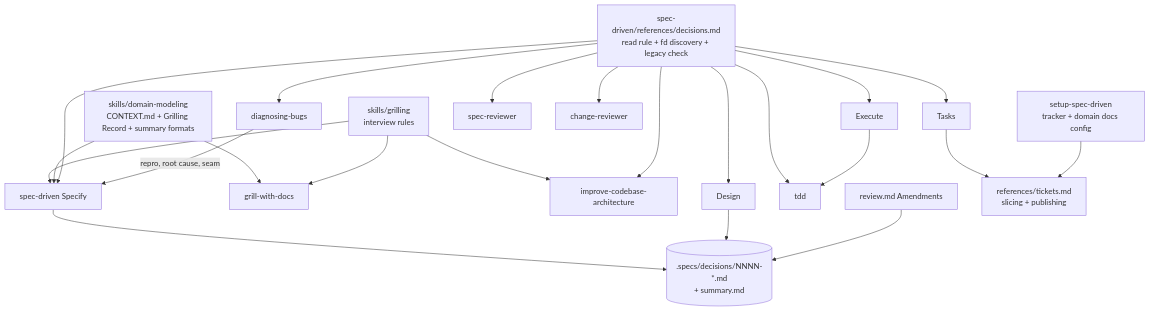
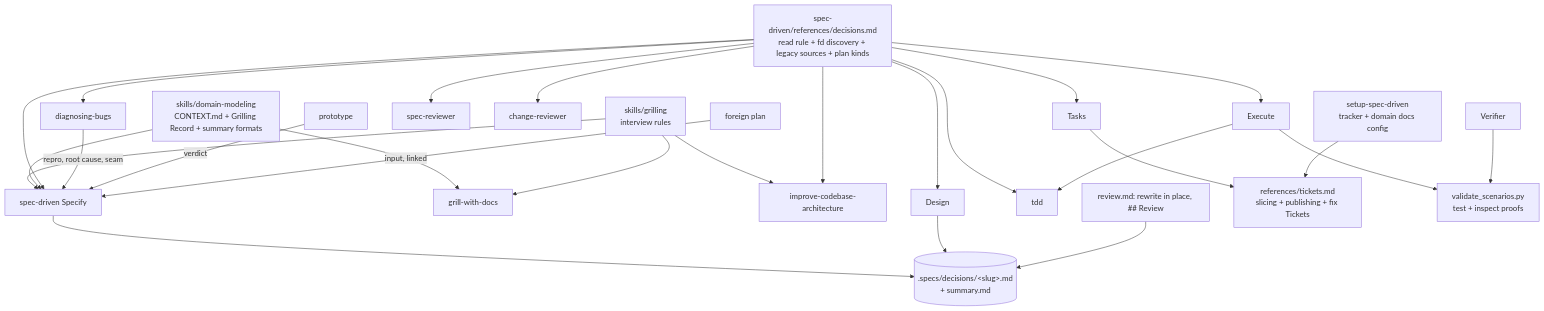
The diagram in .specs/features/integrate-skills/design.md (JoaoAreias/code-environment), drawn with Mermaid before and after one commit. The commit also changed other lines of this file and 8 other files, not shown here.

````diff
--- a/.specs/features/integrate-skills/design.md
+++ b/.specs/features/integrate-skills/design.md
@@ -13,19 +13,23 @@
 ```mermaid
 graph TD
     G[skills/grilling<br/>interview rules] --> S[spec-driven Specify]
     DM[skills/domain-modeling<br/>CONTEXT.md + Grilling Record + summary formats] --> S
     DM --> GWD[grill-with-docs]
     G --> GWD
     G --> ICA[improve-codebase-architecture]
-    DEC[spec-driven/references/decisions.md<br/>read rule + fd discovery + legacy check] --> S
+    DEC[spec-driven/references/decisions.md<br/>read rule + fd discovery + legacy sources + plan kinds] --> S
     DEC --> D[Design] & T[Tasks] & E[Execute]
     DEC --> SR[spec-reviewer] & CR[change-reviewer]
     DEC --> TDD[tdd] & DB[diagnosing-bugs] & ICA
-    S --> REC[(.specs/decisions/NNNN-*.md<br/>+ summary.md)]
+    S --> REC[(.specs/decisions/&lt;slug&gt;.md<br/>+ summary.md)]
     D --> REC
-    RV[review.md Amendments] --> REC
-    T --> TK[references/tickets.md<br/>slicing + publishing]
+    RV[review.md: rewrite in place, ## Review] --> REC
+    T --> TK[references/tickets.md<br/>slicing + publishing + fix Tickets]
     SET[setup-spec-driven<br/>tracker + domain docs config] --> TK
     E --> TDD
+    E --> VS[validate_scenarios.py<br/>test + inspect proofs]
+    VER[Verifier] --> VS
     DB -->|repro, root cause, seam| S
+    PR[prototype] -->|verdict| S
+    FP[foreign plan] -->|input, linked| S
 ```
````
